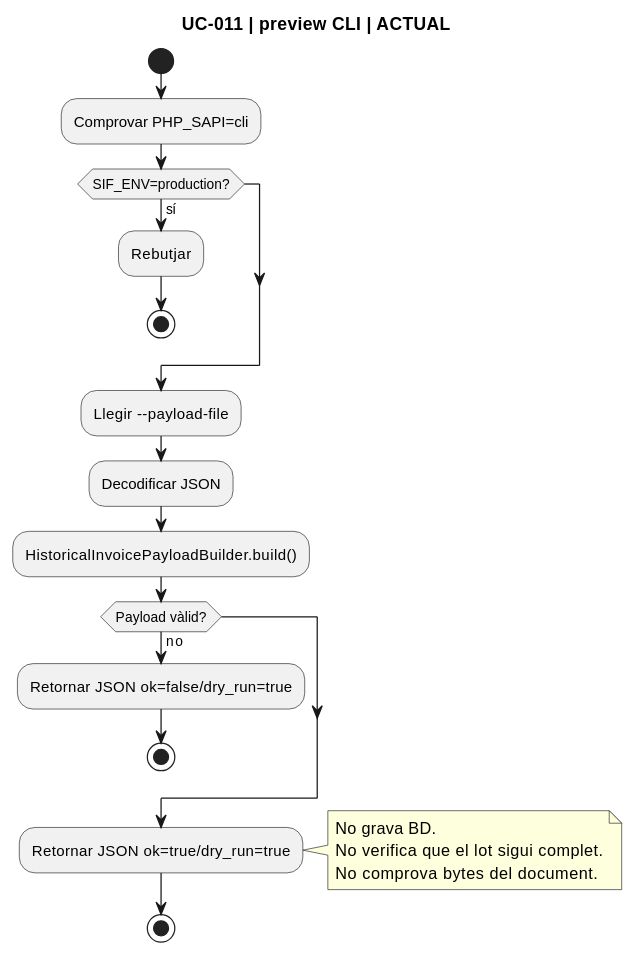
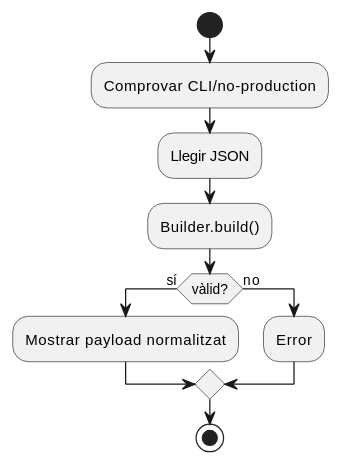
One commit to orgmeriemprismacat-del/verifactu changed the first of 5 diagrams in documentacio/07-uml-integrat/uc-011-activitats-actual-final.md. Above: the diagram before and after it, drawn with PlantUML. The commit also changed other lines of this file, not shown here.

```diff
--- a/documentacio/07-uml-integrat/uc-011-activitats-actual-final.md
+++ b/documentacio/07-uml-integrat/uc-011-activitats-actual-final.md
@@ -7,25 +5,14 @@
 ~~~plantuml
 @startuml
-title UC-011 | preview CLI | ACTUAL
 start
-:Comprovar PHP_SAPI=cli;
-if (SIF_ENV=production?) then (sí)
-  :Rebutjar;
-  stop
+:Comprovar CLI/no-production;
+:Llegir JSON;
+:Builder.build();
+if (vàlid?) then (sí)
+  :Mostrar payload normalitzat;
+else (no)
+  :Error;
 endif
-:Llegir --payload-file;
-:Decodificar JSON;
-:HistoricalInvoicePayloadBuilder.build();
-if (Payload vàlid?) then (no)
-  :Retornar JSON ok=false/dry_run=true;
-  stop
-endif
-:Retornar JSON ok=true/dry_run=true;
-note right
-  No grava BD.
-  No verifica que el lot sigui complet.
-  No comprova bytes del document.
-end note
 stop
 @enduml
 ~~~
```
